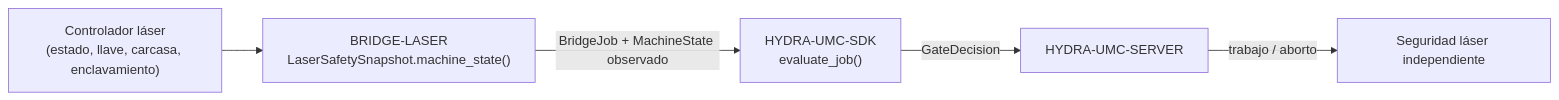
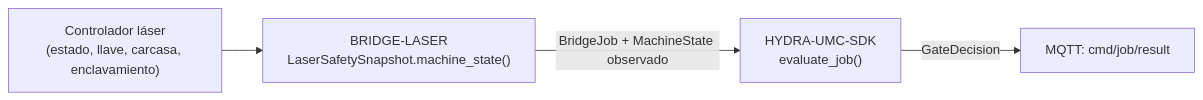
Before and after one commit to JuanenRac/HYDRA-UMC-BRIDGE-LASER: the diagram in README_spa.md, drawn with Mermaid. The commit also changed other lines of this file and 26 other files, not shown here.

````diff
--- a/README_spa.md
+++ b/README_spa.md
@@ -50,7 +51,6 @@
 ```mermaid
 flowchart LR
     LASER["Controlador láser<br/>(estado, llave, carcasa, enclavamiento)"] --> BRIDGE["BRIDGE-LASER<br/>LaserSafetySnapshot.machine_state()"]
     BRIDGE -- "BridgeJob + MachineState observado" --> SDK["HYDRA-UMC-SDK<br/>evaluate_job()"]
-    SDK -- GateDecision --> SERVER["HYDRA-UMC-SERVER"]
-    SERVER -- "trabajo / aborto" --> SAFETY["Seguridad láser independiente"]
+    SDK -- GateDecision --> RESULT["MQTT: cmd/job/result"]
 ```
````
